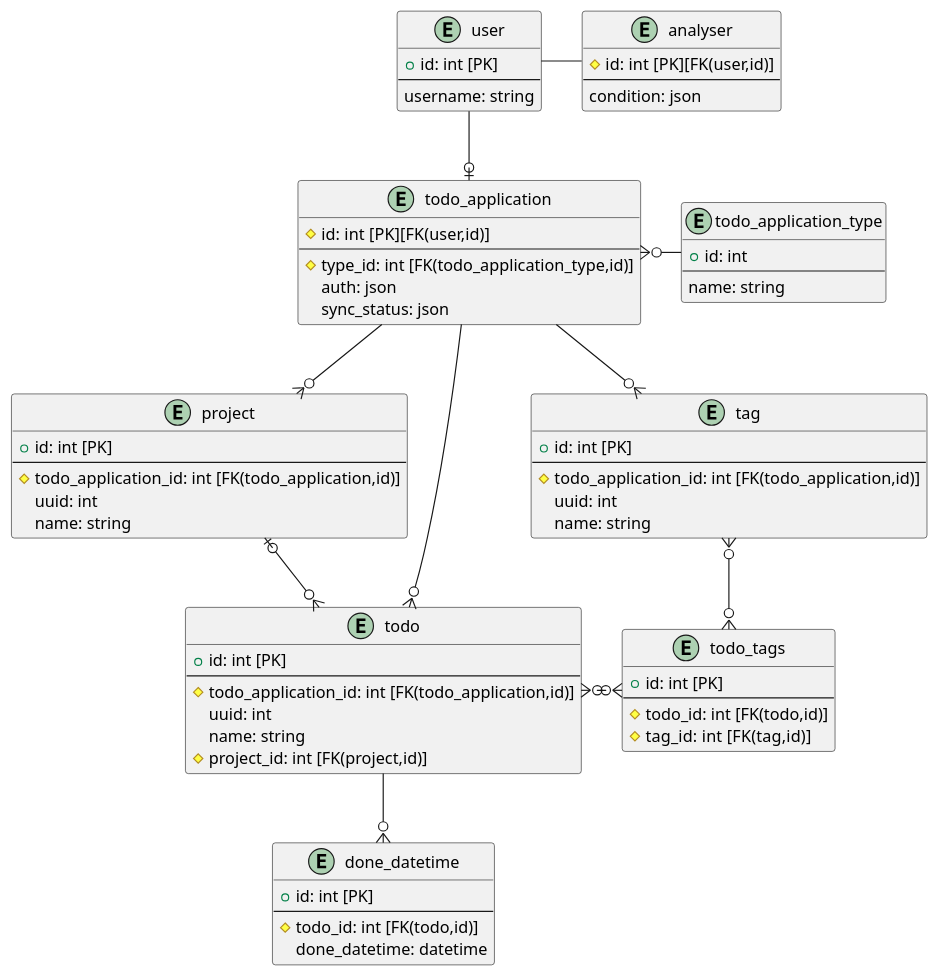
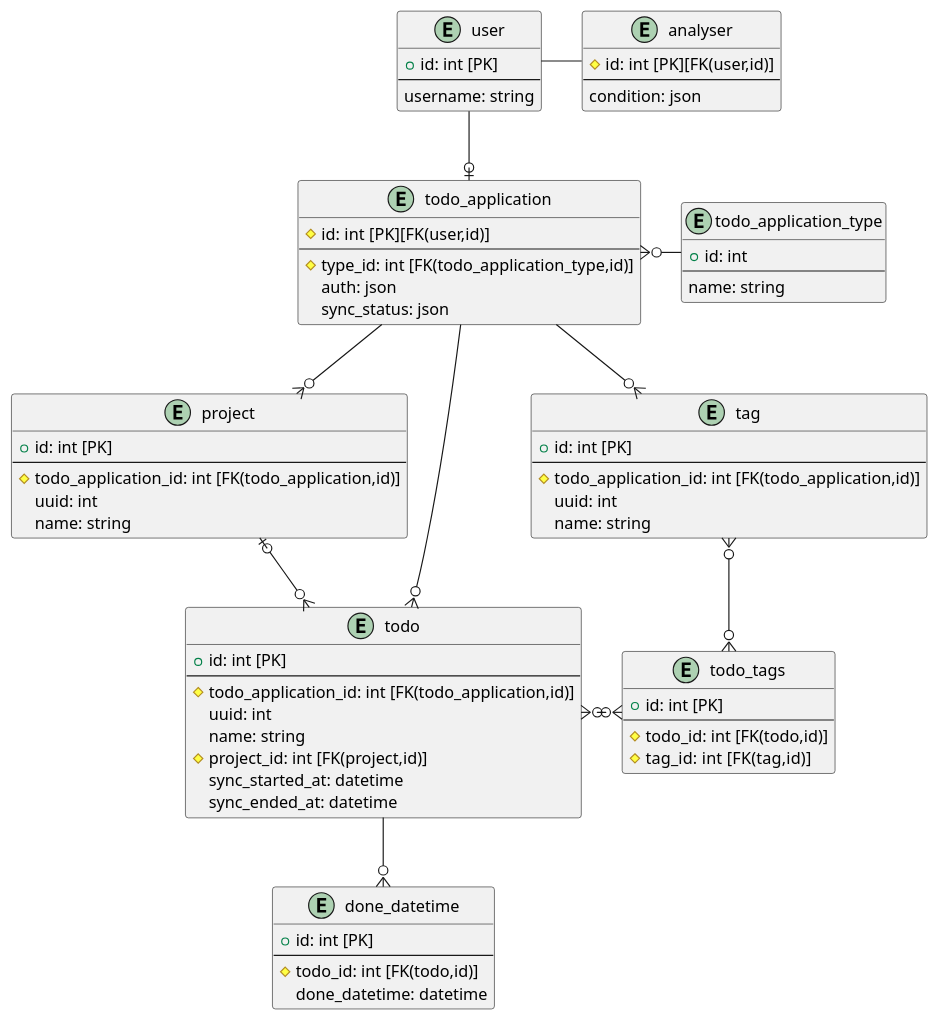
Before and after one commit to to-maru/tododog: the diagram in design/database.puml, drawn with PlantUML. The commit also changed 1 other file, not shown here.

```diff
--- a/design/database.puml
+++ b/design/database.puml
@@ -1,83 +1,85 @@
 @startuml
 'https://plantuml.com/class-diagram
 
 hide empty members
 
 entity user {
 +id: int [PK]
 --
 username: string
 }
 
 entity todo_application {
 # id: int [PK][FK(user,id)]
 --
 # type_id: int [FK(todo_application_type,id)]
 auth: json /'authのDataの持ち方に合わせる'/
 sync_status: json
 }
 
 entity todo_application_type {
 + id: int
 --
 name: string
 }
 
 entity todo {
 +id: int [PK]
 --
 #todo_application_id: int [FK(todo_application,id)]
 uuid: int
 name: string
 #project_id: int [FK(project,id)]
+sync_started_at: datetime
+sync_ended_at: datetime
 }
 
 entity todo_tags {
 +id: int [PK]
 --
 #todo_id: int [FK(todo,id)]
 #tag_id: int  [FK(tag,id)]
 }
 
 entity done_datetime {
 +id: int [PK]
 --
 #todo_id: int [FK(todo,id)]
 done_datetime: datetime
 }
 
 entity project {
 +id: int [PK]
 --
 #todo_application_id: int [FK(todo_application,id)]
 uuid: int
 name: string
 }
 
 entity tag {
 +id: int [PK]
 --
 #todo_application_id: int [FK(todo_application,id)]
 uuid: int
 name: string
 }
 
 entity analyser {
 # id: int [PK][FK(user,id)]
 --
 condition: json
 }
 
 user --o| todo_application
 user - analyser
 
 todo_application }o- todo_application_type
 todo_application ---o{ todo
 todo_application -o{ project
 todo_application --o{ tag
 project |o--o{ todo
 tag }o--o{ todo_tags
 todo }o-o{ todo_tags
 todo --o{ done_datetime
 
 @enduml
```
